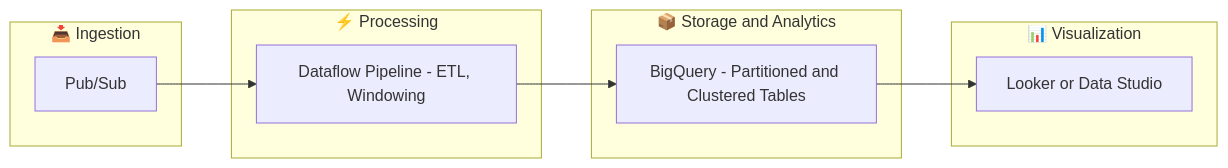
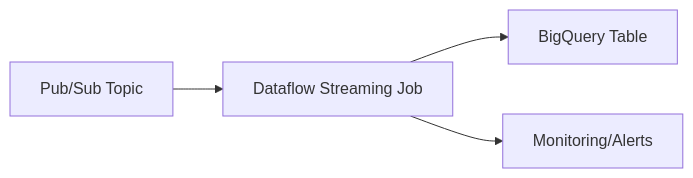
The fourth of 4 diagrams in GCP-interview.md (blaire101/DE2-AWS-Azure-GCP-2025), drawn with Mermaid before and after one commit. The commit also changed other lines of this file, not shown here.

````diff
--- a/GCP-interview.md
+++ b/GCP-interview.md
@@ -275,20 +268,6 @@
 ```mermaid
 flowchart LR
-    subgraph Ingest["📥 Ingestion"]
-        Pub[Pub/Sub]
-    end
-
-    subgraph Processing["⚡ Processing"]
-        DF[Dataflow Pipeline - ETL, Windowing]
-    end
-
-    subgraph Storage["📦 Storage and Analytics"]
-        BQ[BigQuery - Partitioned and Clustered Tables]
-    end
-
-    subgraph Viz["📊 Visualization"]
-        BI[Looker or Data Studio]
-    end
-
-    Pub --> DF --> BQ --> BI
+    P[Pub/Sub Topic] --> D[Dataflow Streaming Job]
+    D --> B[BigQuery Table]
+    D --> M[Monitoring/Alerts]
 ```
````
